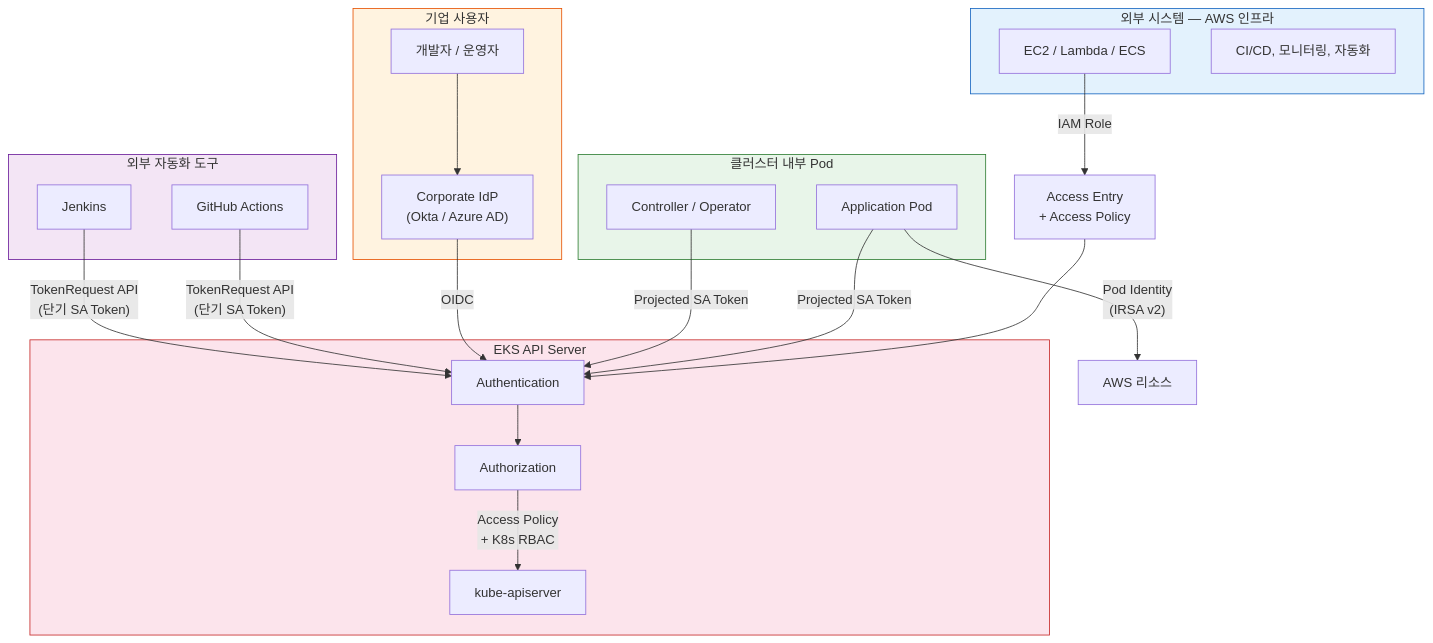
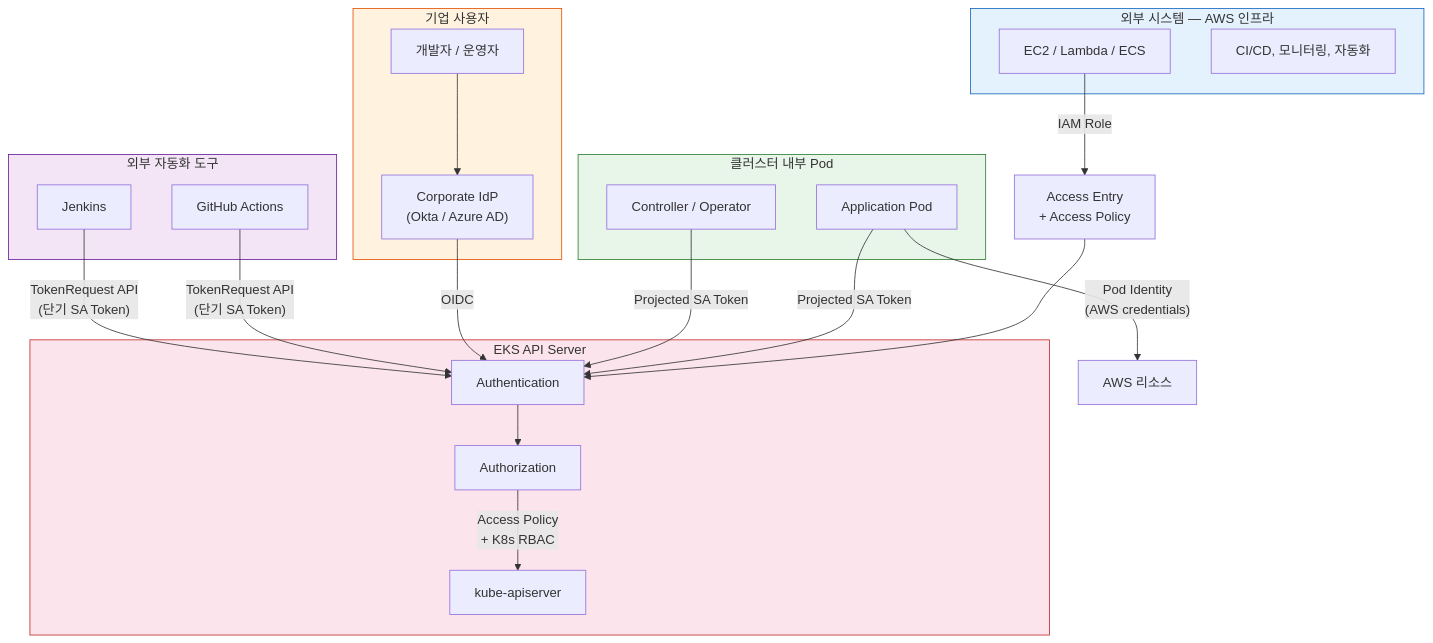
The diagram in docs/eks-best-practices/security-authn/eks-api-server-authn-authz.md (devfloor9/engineering-playbook), drawn with Mermaid before and after one commit. The commit also changed other lines of this file and 3 other files, not shown here.

````diff
--- a/docs/eks-best-practices/security-authn/eks-api-server-authn-authz.md
+++ b/docs/eks-best-practices/security-authn/eks-api-server-authn-authz.md
@@ -325,50 +337,50 @@
 ```mermaid
 flowchart TB
     subgraph External["외부 시스템 — AWS 인프라"]
         EC2["EC2 / Lambda / ECS"]
         CICD_EXT["CI/CD, 모니터링, 자동화"]
     end
 
     subgraph Internal["클러스터 내부 Pod"]
         Pod["Application Pod"]
         Controller["Controller / Operator"]
     end
 
     subgraph Enterprise["기업 사용자"]
         Dev["개발자 / 운영자"]
         IdP["Corporate IdP\n(Okta / Azure AD)"]
     end
 
     subgraph ExtAuto["외부 자동화 도구"]
         GHA["GitHub Actions"]
         Jenkins["Jenkins"]
     end
 
     subgraph EKS["EKS API Server"]
         AuthN["Authentication"]
         AuthZ["Authorization"]
         APIServer["kube-apiserver"]
     end
 
     EC2 -->|"IAM Role"| AccessEntry["Access Entry\n+ Access Policy"]
     AccessEntry --> AuthN
 
-    Pod -->|"Pod Identity\n(IRSA v2)"| AWSResources["AWS 리소스"]
+    Pod -->|"Pod Identity\n(AWS credentials)"| AWSResources["AWS 리소스"]
     Pod -->|"Projected SA Token"| AuthN
     Controller -->|"Projected SA Token"| AuthN
 
     Dev --> IdP
     IdP -->|"OIDC"| AuthN
 
     GHA -->|"TokenRequest API\n(단기 SA Token)"| AuthN
     Jenkins -->|"TokenRequest API\n(단기 SA Token)"| AuthN
 
     AuthN --> AuthZ
     AuthZ -->|"Access Policy\n+ K8s RBAC"| APIServer
 
     style External fill:#e3f2fd,stroke:#1565c0
     style Internal fill:#e8f5e9,stroke:#2e7d32
     style Enterprise fill:#fff3e0,stroke:#e65100
     style ExtAuto fill:#f3e5f5,stroke:#6a1b9a
     style EKS fill:#fce4ec,stroke:#c62828
 ```
````
